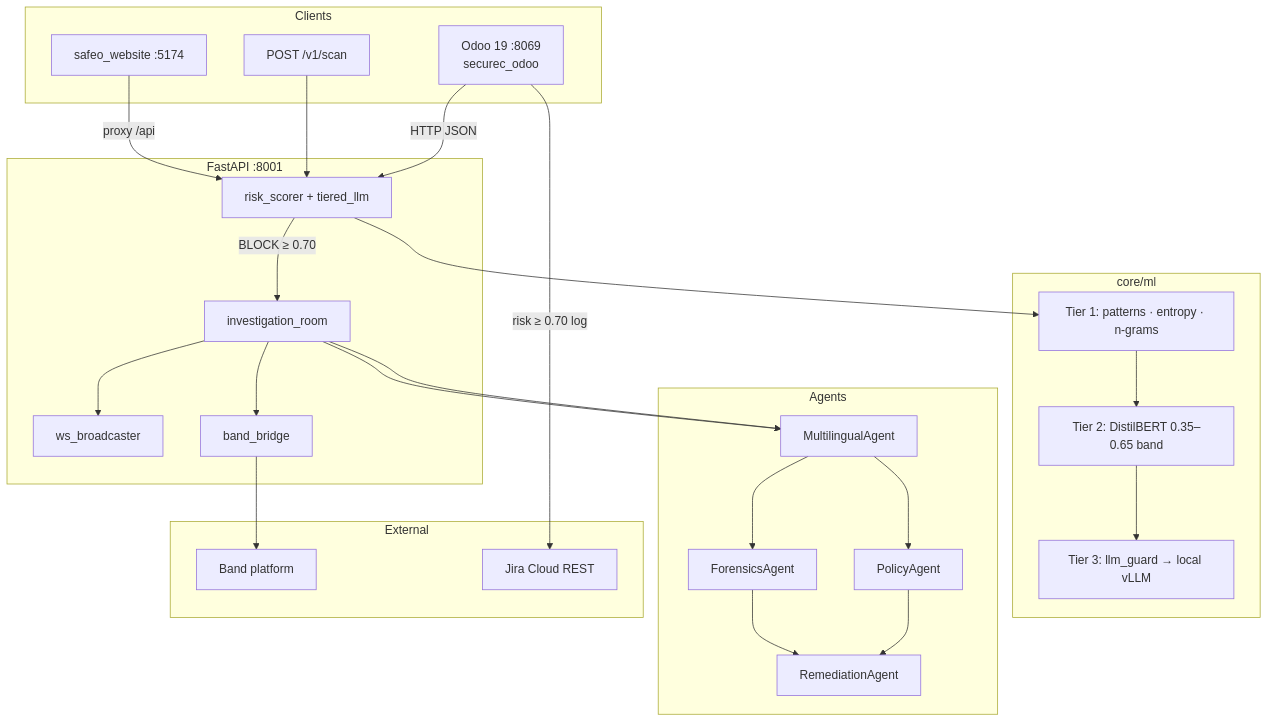
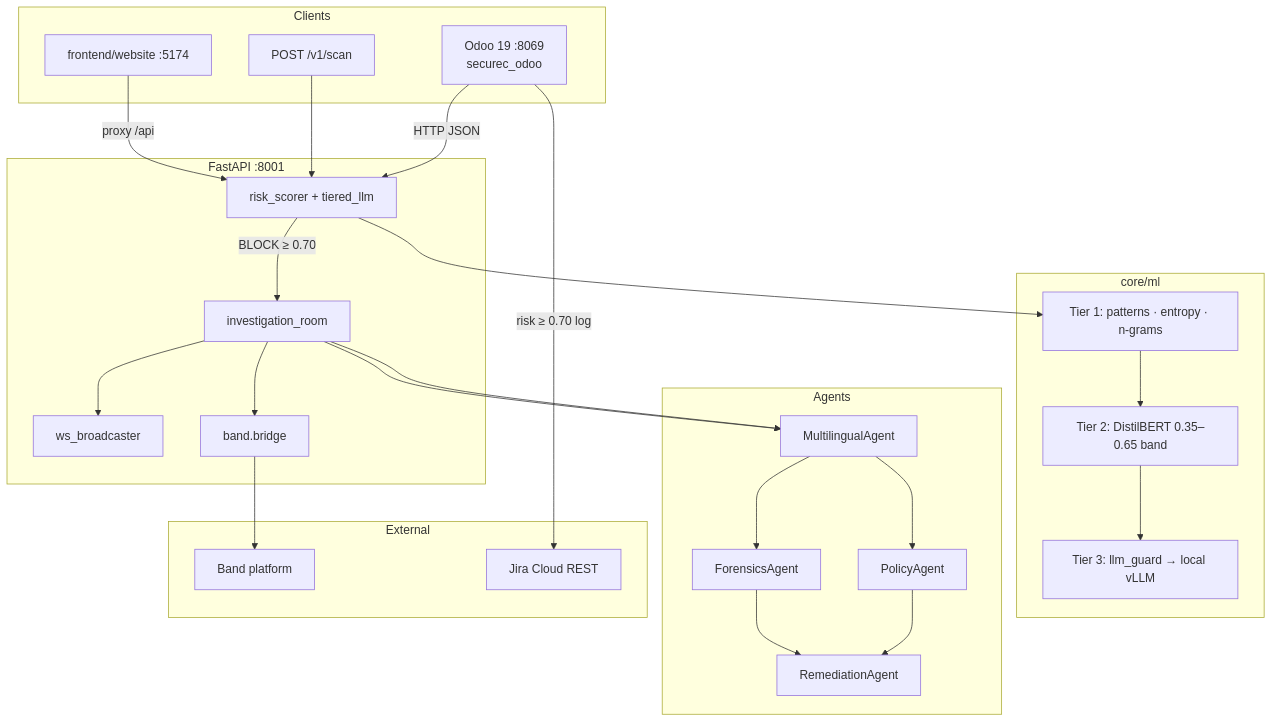
One commit to Shreeya1-pixel/SafeO_lablabai changed the first of 2 diagrams in README.md. Above: the diagram before and after it, drawn with Mermaid. The commit also changed other lines of this file and 72 other files, not shown here.

First line of the commit message:
Restructure repo into backend, frontend, and band folders.

````diff
--- a/README.md
+++ b/README.md
@@ -44,46 +50,46 @@
 ```mermaid
 flowchart TB
     subgraph Clients
         ODOO[Odoo 19 :8069<br/>securec_odoo]
         API[POST /v1/scan]
-        WEB[safeo_website :5174]
+        WEB[frontend/website :5174]
     end
 
     subgraph SafeO["FastAPI :8001"]
         SCORE[risk_scorer + tiered_llm]
         INV[investigation_room]
         WS[ws_broadcaster]
-        BB[band_bridge]
+        BB[band.bridge]
     end
 
     subgraph ML["core/ml"]
         T1[Tier 1: patterns · entropy · n-grams]
         T2[Tier 2: DistilBERT 0.35–0.65 band]
         T3[Tier 3: llm_guard → local vLLM]
     end
 
     subgraph Agents
         MA[MultilingualAgent]
         PA[PolicyAgent]
         FA[ForensicsAgent]
         RA[RemediationAgent]
     end
 
     subgraph External
         BAND[Band platform]
         JIRA[Jira Cloud REST]
     end
 
     ODOO -->|HTTP JSON| SCORE
     API --> SCORE
     WEB -->|proxy /api| SCORE
     SCORE --> T1 --> T2 --> T3
     SCORE -->|BLOCK ≥ 0.70| INV
     INV --> MA --> PA
     INV --> MA --> FA
     PA --> RA
     FA --> RA
     INV --> WS
     INV --> BB --> BAND
     ODOO -->|risk ≥ 0.70 log| JIRA
 ```
````
